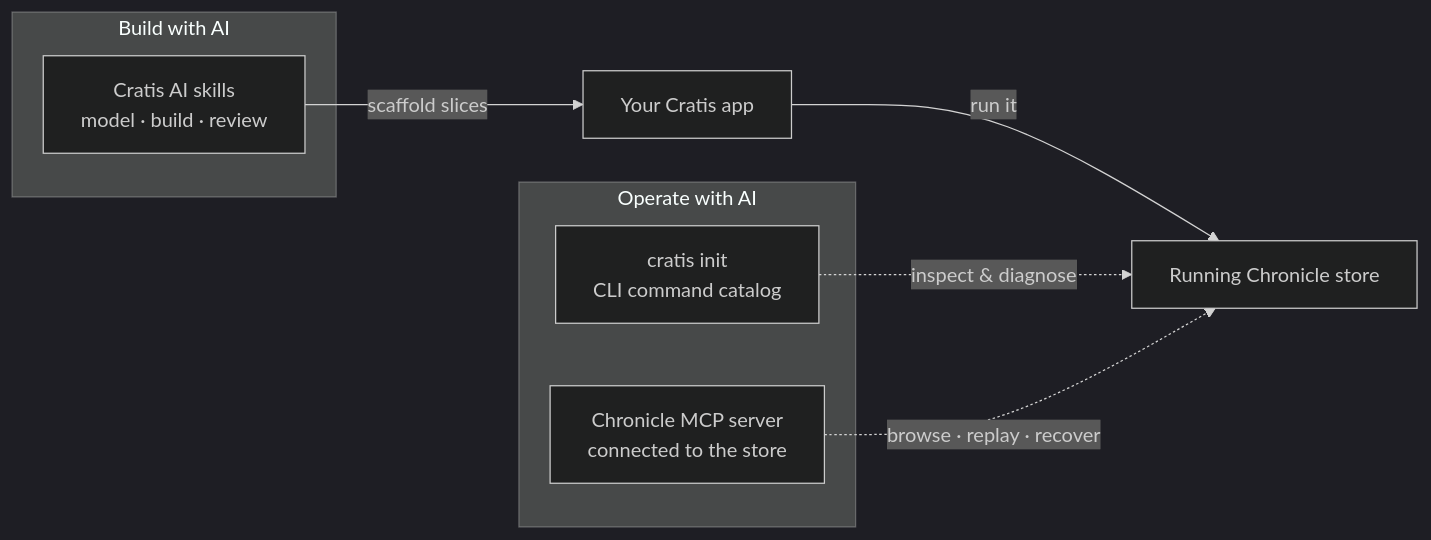
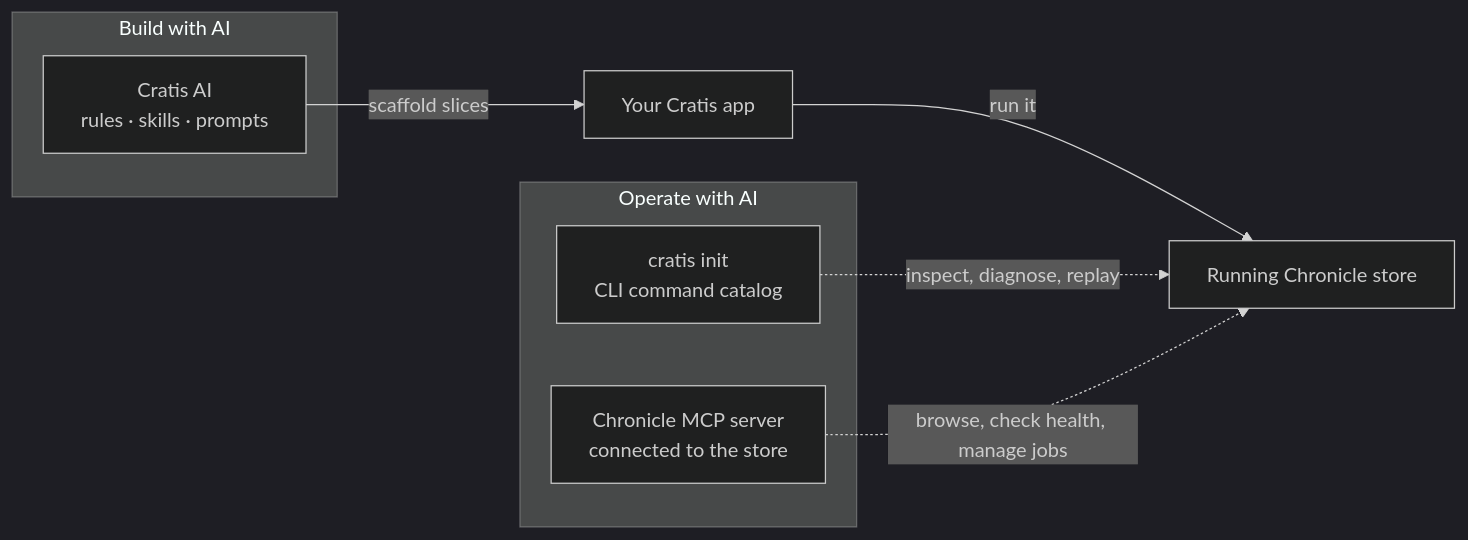
One commit to Cratis/Documentation changed the diagram in web/src/content/docs/ai.mdx. Above: the diagram before and after it, drawn with Mermaid (dark theme). The commit also changed other lines of this file and 14 other files, not shown here.

````diff
--- a/web/src/content/docs/ai.mdx
+++ b/web/src/content/docs/ai.mdx
@@ -103,14 +137,14 @@
 ```mermaid
 flowchart LR
     subgraph Build["Build with AI"]
-        SK["Cratis AI skills<br/>model · build · review"]
+        SK["Cratis AI<br/>rules · skills · prompts"]
     end
     subgraph Operate["Operate with AI"]
         IN["cratis init<br/>CLI command catalog"]
         MCP["Chronicle MCP server<br/>connected to the store"]
     end
     SK -->|scaffold slices| APP["Your Cratis app"]
     APP -->|run it| OP["Running Chronicle store"]
-    IN -.->|inspect & diagnose| OP
-    MCP -.->|browse · replay · recover| OP
+    IN -.->|inspect, diagnose, replay| OP
+    MCP -.->|browse, check health, manage jobs| OP
 ```
````
